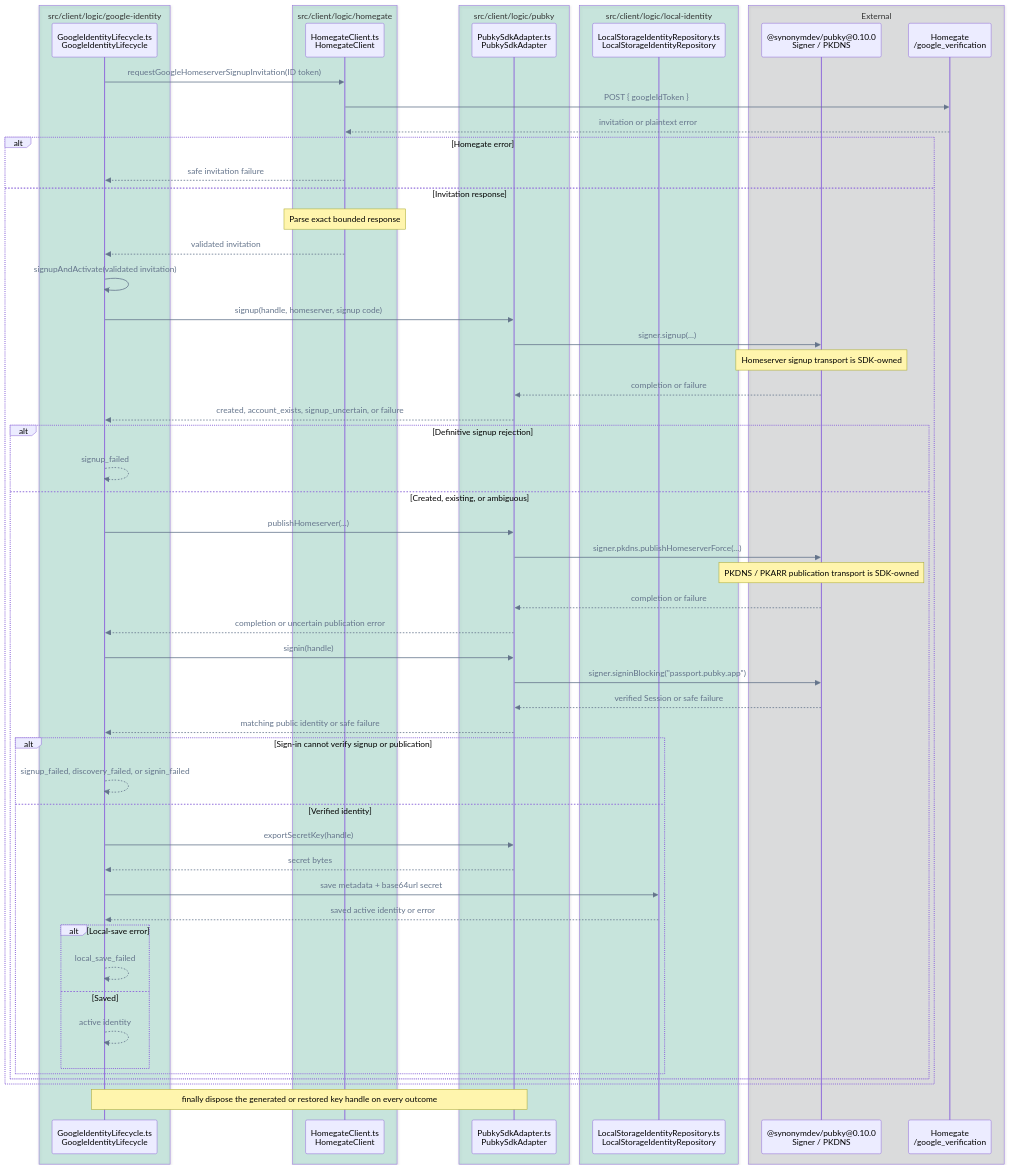
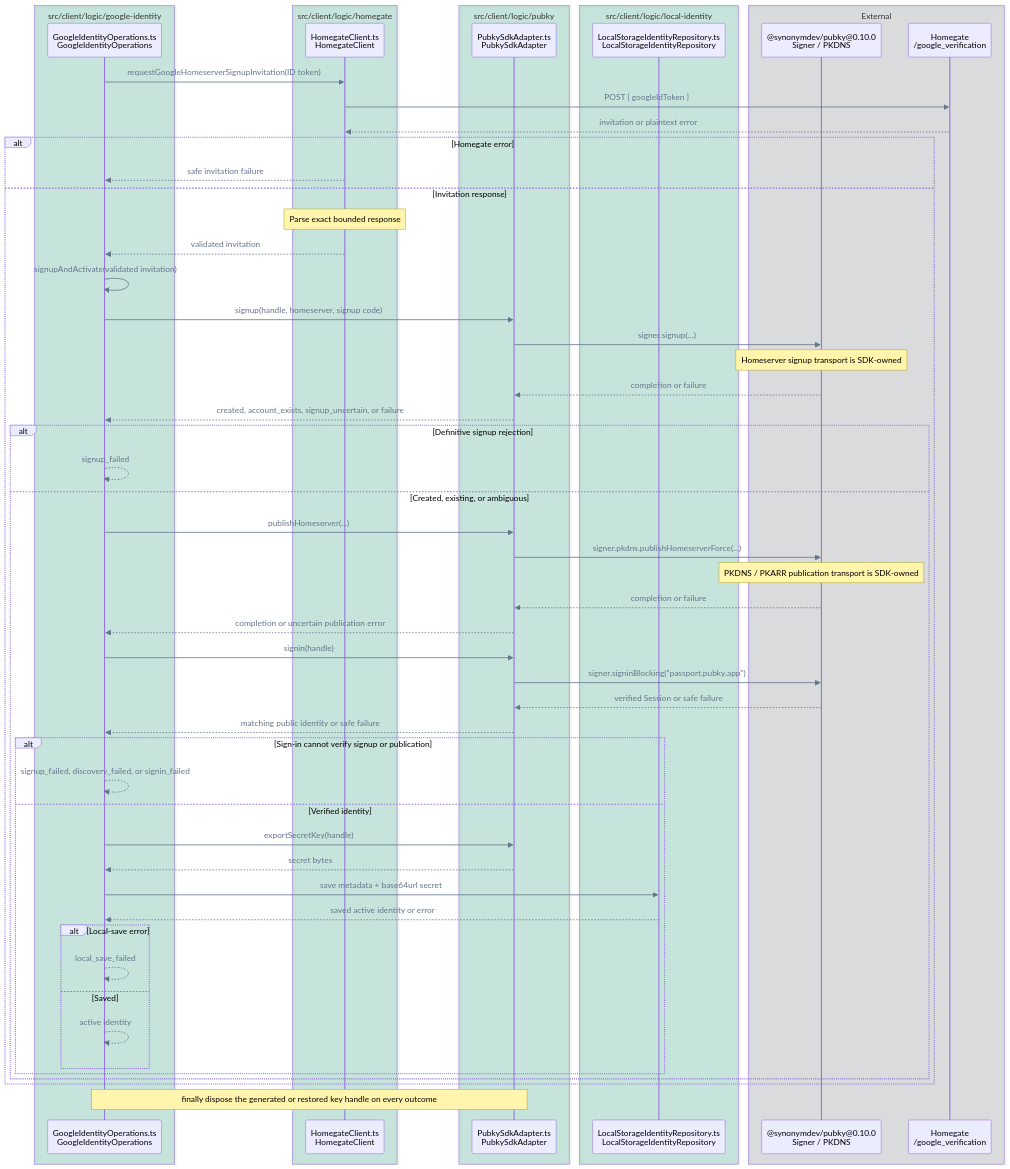
Before and after one commit to pubky/pubky-passport: diagram 11 of 14 in FLOWS.md, drawn with Mermaid. The commit also changed other lines of this file and 22 other files, not shown here.

Commit message:
refactor: use repo naming conventions in google-identity

````diff
--- a/FLOWS.md
+++ b/FLOWS.md
@@ -526,65 +526,65 @@
 ```mermaid
 %%{init: {"themeVariables": {"signalColor": "#64748B", "signalTextColor": "#64748B"}}}%%
 sequenceDiagram
     accTitle: Missing identity activation and local save call flow
-    accDescr: GoogleIdentityLifecycle requests a homeserver signup invitation, then uses its shared signup-and-activation method for both fresh creation and interrupted setup recovery.
+    accDescr: GoogleIdentityOperations requests a homeserver signup invitation, then uses its shared signup-and-activation method for both fresh creation and interrupted setup recovery.
     box rgba(0, 158, 115, 0.18) src/client/logic/google-identity
-        participant Operations as GoogleIdentityLifecycle.ts<br/>GoogleIdentityLifecycle
+        participant Operations as GoogleIdentityOperations.ts<br/>GoogleIdentityOperations
     end
     box rgba(0, 158, 115, 0.18) src/client/logic/homegate
         participant Invite as HomegateClient.ts<br/>HomegateClient
     end
     box rgba(0, 158, 115, 0.18) src/client/logic/pubky
         participant Pubky as PubkySdkAdapter.ts<br/>PubkySdkAdapter
     end
     box rgba(0, 158, 115, 0.18) src/client/logic/local-identity
         participant Repo as LocalStorageIdentityRepository.ts<br/>LocalStorageIdentityRepository
     end
     box rgba(17, 24, 39, 0.12) External
         participant SDK as @synonymdev/pubky@0.10.0<br/>Signer / PKDNS
         participant Homegate as Homegate<br/>/google_verification
     end
 
     Operations->>Invite: requestGoogleHomeserverSignupInvitation(ID token)
     Invite->>Homegate: POST { googleIdToken }
     Homegate-->>Invite: invitation or plaintext error
     alt Homegate error
         Invite-->>Operations: safe invitation failure
     else Invitation response
         Note over Invite: Parse exact bounded response
         Invite-->>Operations: validated invitation
         Operations->>Operations: signupAndActivate(validated invitation)
         Operations->>Pubky: signup(handle, homeserver, signup code)
         Pubky->>SDK: signer.signup(...)
         Note over SDK: Homeserver signup transport is SDK-owned
         SDK-->>Pubky: completion or failure
         Pubky-->>Operations: created, account_exists, signup_uncertain, or failure
         alt Definitive signup rejection
             Operations-->>Operations: signup_failed
         else Created, existing, or ambiguous
             Operations->>Pubky: publishHomeserver(...)
             Pubky->>SDK: signer.pkdns.publishHomeserverForce(...)
             Note over SDK: PKDNS / PKARR publication transport is SDK-owned
             SDK-->>Pubky: completion or failure
             Pubky-->>Operations: completion or uncertain publication error
             Operations->>Pubky: signin(handle)
             Pubky->>SDK: signer.signinBlocking("passport.pubky.app")
             SDK-->>Pubky: verified Session or safe failure
             Pubky-->>Operations: matching public identity or safe failure
             alt Sign-in cannot verify signup or publication
                 Operations-->>Operations: signup_failed, discovery_failed, or signin_failed
             else Verified identity
                 Operations->>Pubky: exportSecretKey(handle)
                 Pubky-->>Operations: secret bytes
                 Operations->>Repo: save metadata + base64url secret
                 Repo-->>Operations: saved active identity or error
                 alt Local-save error
                     Operations-->>Operations: local_save_failed
                 else Saved
                     Operations-->>Operations: active identity
                 end
             end
         end
     end
     Note over Operations,Pubky: finally dispose the generated or restored key handle on every outcome
 ```
````
